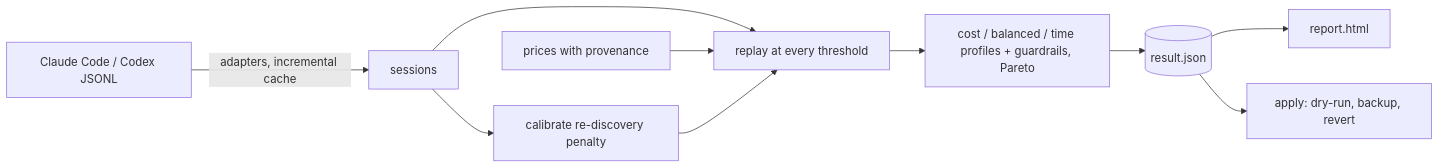
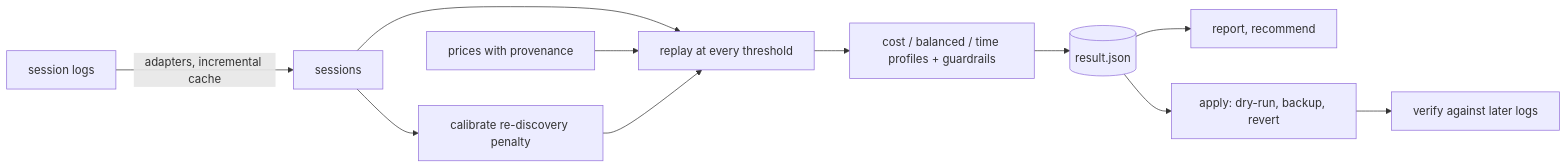
The diagram in README.md (LemonCANDY42/compactlab), drawn with Mermaid before and after one commit. The commit also changed other lines of this file and 17 other files, not shown here.

````diff
--- a/README.md
+++ b/README.md
@@ -283,12 +135,13 @@
 ```mermaid
 flowchart LR
-  L[Claude Code / Codex JSONL] -->|adapters, incremental cache| S[sessions]
+  L[session logs] -->|adapters, incremental cache| S[sessions]
   S --> R[replay at every threshold]
   P[prices with provenance] --> R
   S --> C[calibrate re-discovery penalty]
   C --> R
-  R --> T[cost / balanced / time profiles + guardrails, Pareto]
+  R --> T[cost / balanced / time profiles + guardrails]
   T --> J[(result.json)]
-  J --> H[report.html]
+  J --> H[report, recommend]
   J --> A[apply: dry-run, backup, revert]
+  A --> V[verify against later logs]
 ```
````
